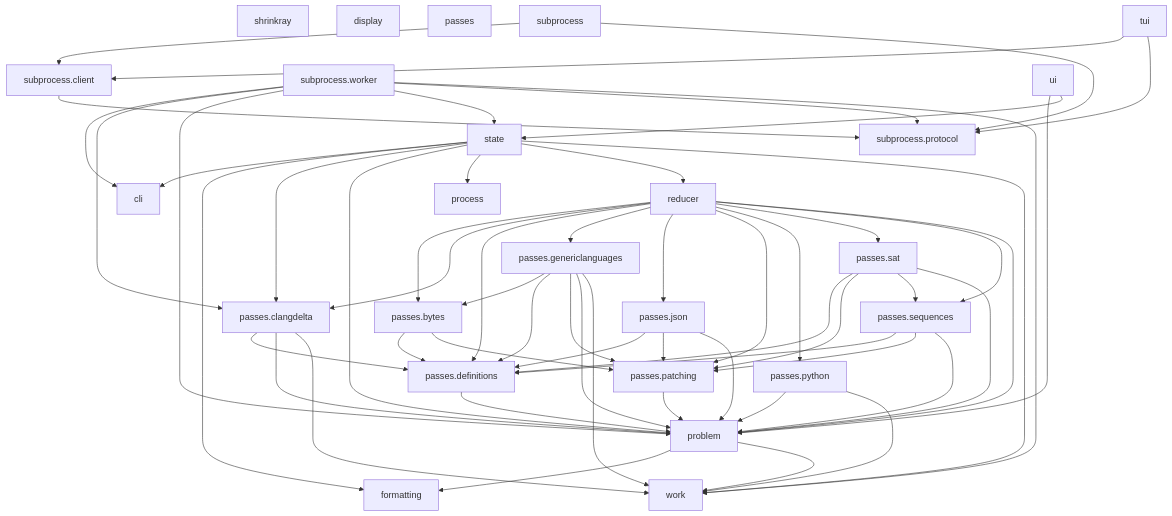
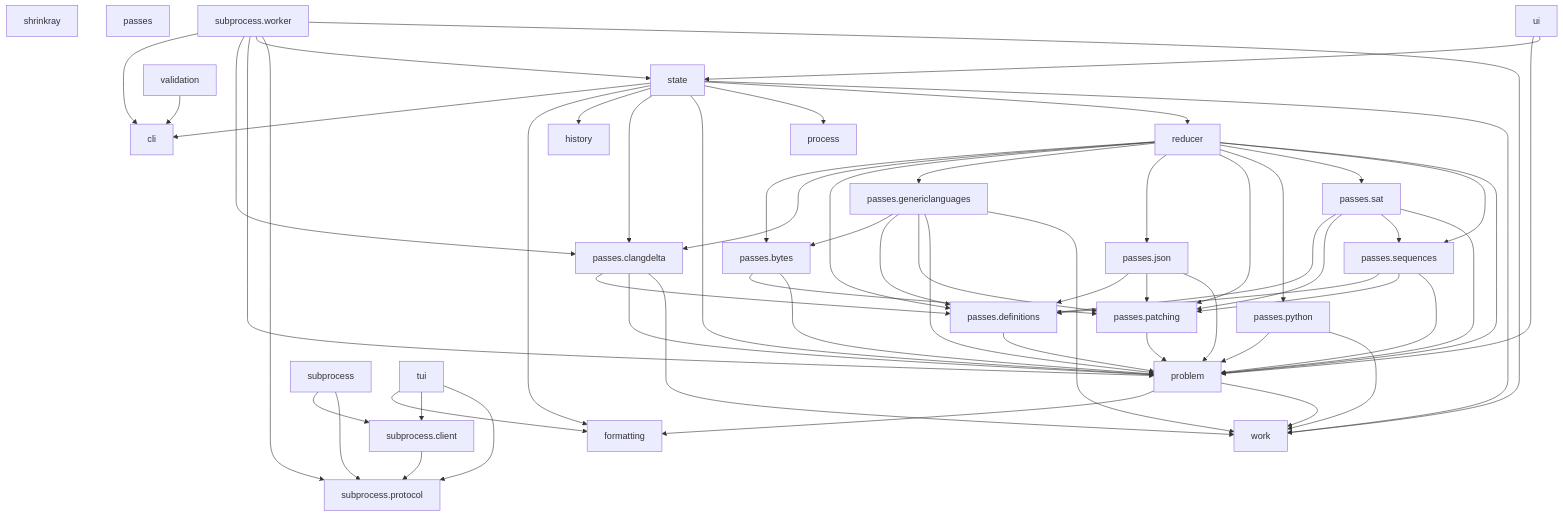
The diagram in notes/import-graph.md (DRMacIver/shrinkray), drawn with Mermaid before and after one commit. The commit also changed 11 other files, not shown here.

````diff
--- a/notes/import-graph.md
+++ b/notes/import-graph.md
@@ -8,8 +8,8 @@
 flowchart TD
     n0[shrinkray]
     n1[cli]
-    n2[display]
-    n3[formatting]
+    n2[formatting]
+    n3[history]
     n4[passes]
     n5[passes.bytes]
     n6[passes.clangdelta]
@@ -30,25 +30,26 @@
     n21[subprocess.worker]
     n22[tui]
     n23[ui]
-    n24[work]
+    n24[validation]
+    n25[work]
 
-    n5 --> n7
     n5 --> n10
+    n5 --> n14
     n6 --> n7
     n6 --> n14
-    n6 --> n24
+    n6 --> n25
     n7 --> n14
     n8 --> n5
     n8 --> n7
     n8 --> n10
     n8 --> n14
-    n8 --> n24
+    n8 --> n25
     n9 --> n7
     n9 --> n10
     n9 --> n14
     n10 --> n14
     n11 --> n14
-    n11 --> n24
+    n11 --> n25
     n12 --> n7
     n12 --> n10
     n12 --> n13
@@ -56,8 +57,8 @@
     n13 --> n7
     n13 --> n10
     n13 --> n14
-    n14 --> n3
-    n14 --> n24
+    n14 --> n2
+    n14 --> n25
     n16 --> n5
     n16 --> n6
     n16 --> n7
@@ -69,12 +70,13 @@
     n16 --> n13
     n16 --> n14
     n17 --> n1
+    n17 --> n2
     n17 --> n3
     n17 --> n6
     n17 --> n14
     n17 --> n15
     n17 --> n16
-    n17 --> n24
+    n17 --> n25
     n18 --> n19
     n18 --> n20
     n19 --> n20
@@ -83,9 +85,11 @@
     n21 --> n14
     n21 --> n17
     n21 --> n20
-    n21 --> n24
+    n21 --> n25
+    n22 --> n2
     n22 --> n19
     n22 --> n20
     n23 --> n14
     n23 --> n17
+    n24 --> n1
 ```
````
